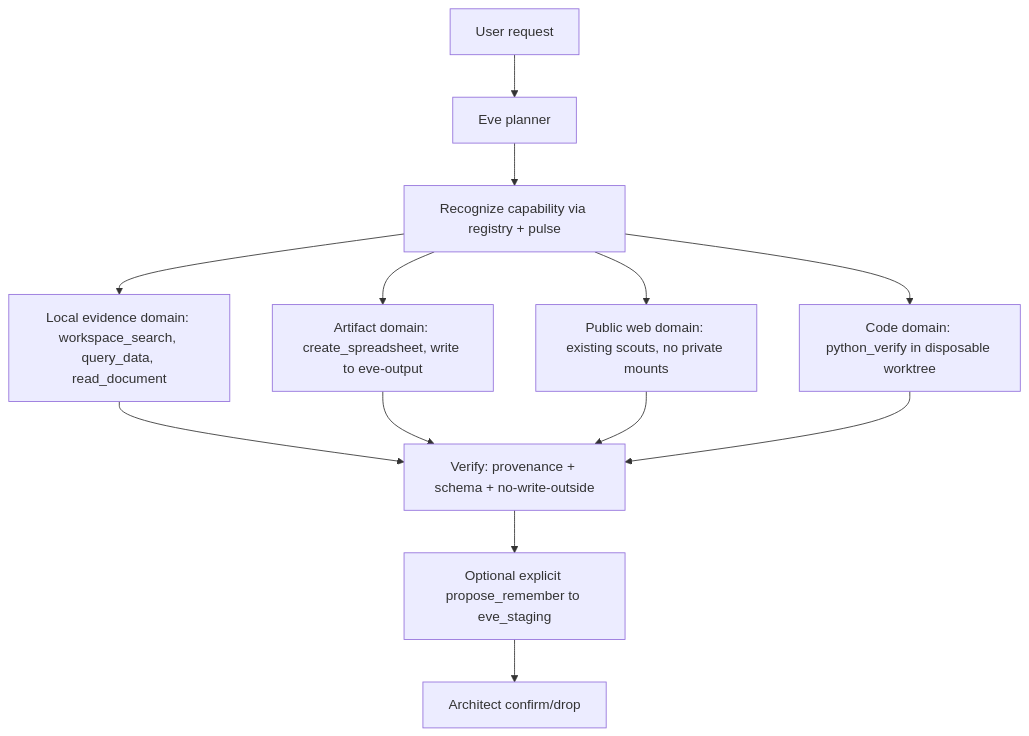
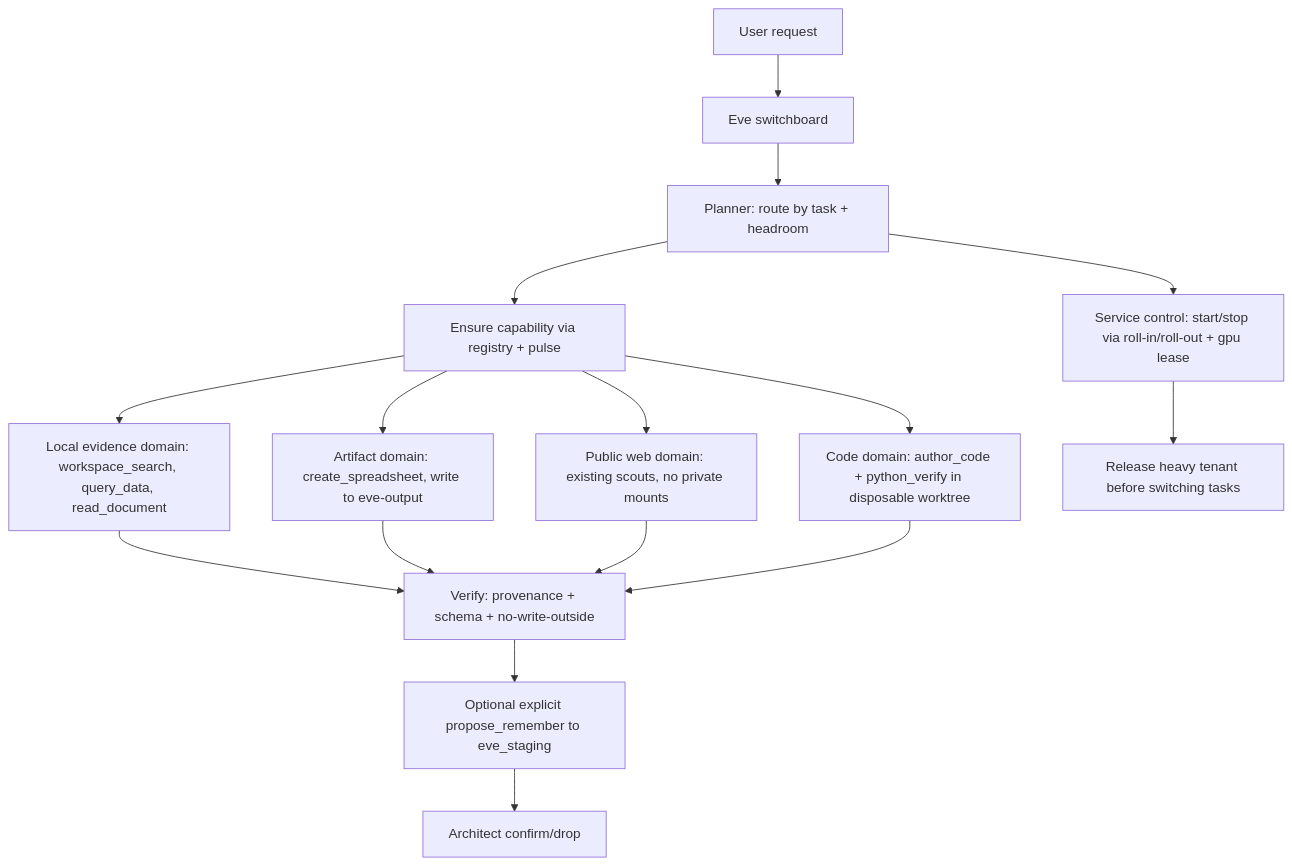
The diagram in docs/superpowers/plans/2026-09-17-eve-governed-arms.md (sbrookshire-raine/Empire), drawn with Mermaid before and after one commit. The commit also changed other lines of this file, not shown here.

Commit message:
Add Eve-run switchboard as flagship; encode Legion 16GB VRAM and offline-first rules

````diff
--- a/docs/superpowers/plans/2026-09-17-eve-governed-arms.md
+++ b/docs/superpowers/plans/2026-09-17-eve-governed-arms.md
@@ -50,15 +61,18 @@
 ```mermaid
 flowchart TD
-  Q[User request] --> P[Eve planner]
-  P --> R[Recognize capability via registry + pulse]
+  Q[User request] --> SB[Eve switchboard]
+  SB --> P[Planner: route by task + headroom]
+  P --> R[Ensure capability via registry + pulse]
   R --> L[Local evidence domain: workspace_search, query_data, read_document]
   R --> A[Artifact domain: create_spreadsheet, write to eve-output]
   R --> W[Public web domain: existing scouts, no private mounts]
-  R --> C[Code domain: python_verify in disposable worktree]
+  R --> C[Code domain: author_code + python_verify in disposable worktree]
+  P --> SVC[Service control: start/stop via roll-in/roll-out + gpu lease]
   L --> V[Verify: provenance + schema + no-write-outside]
   A --> V
   W --> V
   C --> V
   V --> M[Optional explicit propose_remember to eve_staging]
   M --> K[Architect confirm/drop]
+  SVC --> REL[Release heavy tenant before switching tasks]
 ```
````
